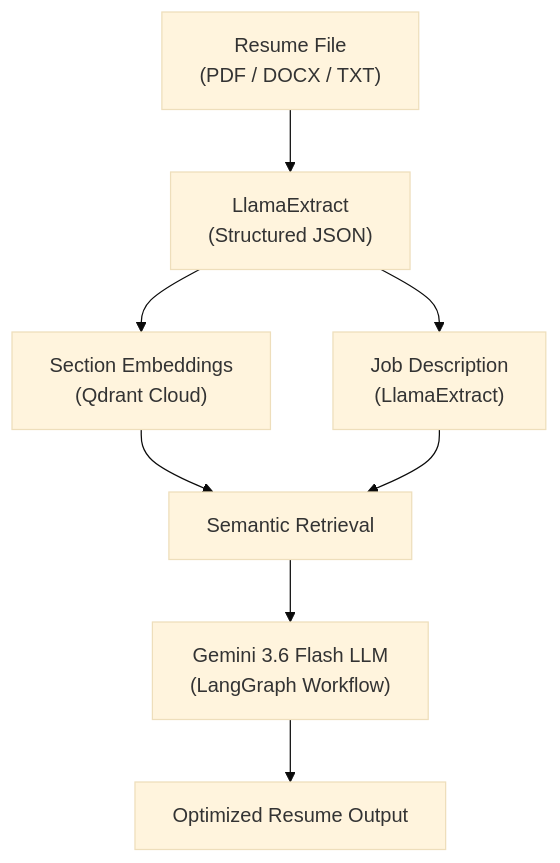
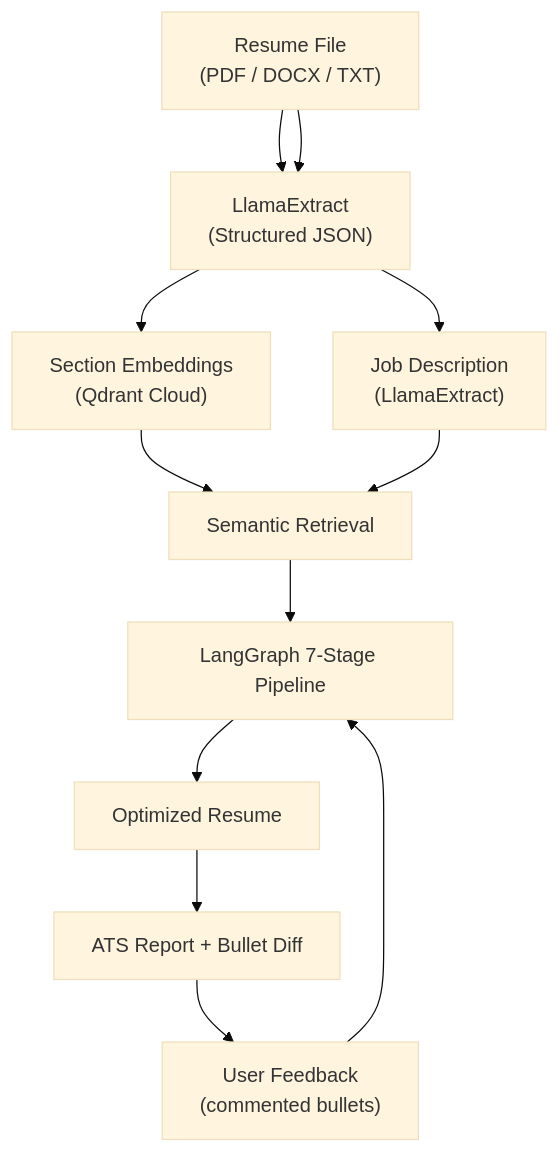
The diagram in README.md (rsinghcodes/Tailr), drawn with Mermaid (base theme) before and after one commit. The commit also changed other lines of this file, not shown here.

Commit message:
feat: enhance README with detailed overview, architecture, and features of the 7-stage optimization pipeline

````diff
--- a/README.md
+++ b/README.md
@@ -32,13 +32,17 @@
 ```mermaid
 flowchart TD
     A["Resume File<br/>(PDF / DOCX / TXT)"] --> B["LlamaExtract<br/>(Structured JSON)"]
-
+    A --> B
     B --> C["Section Embeddings<br/>(Qdrant Cloud)"]
     B --> D["Job Description<br/>(LlamaExtract)"]
 
     C --> E["Semantic Retrieval"]
     D --> E
 
-    E --> F["Gemini 3.6 Flash LLM<br/>(LangGraph Workflow)"]
-    F --> G["Optimized Resume Output"]
+    E --> F["LangGraph 7-Stage Pipeline"]
+    F --> G["Optimized Resume"]
+
+    G --> H["ATS Report + Bullet Diff"]
+    H --> I["User Feedback<br/>(commented bullets)"]
+    I --> F
 ```
````
